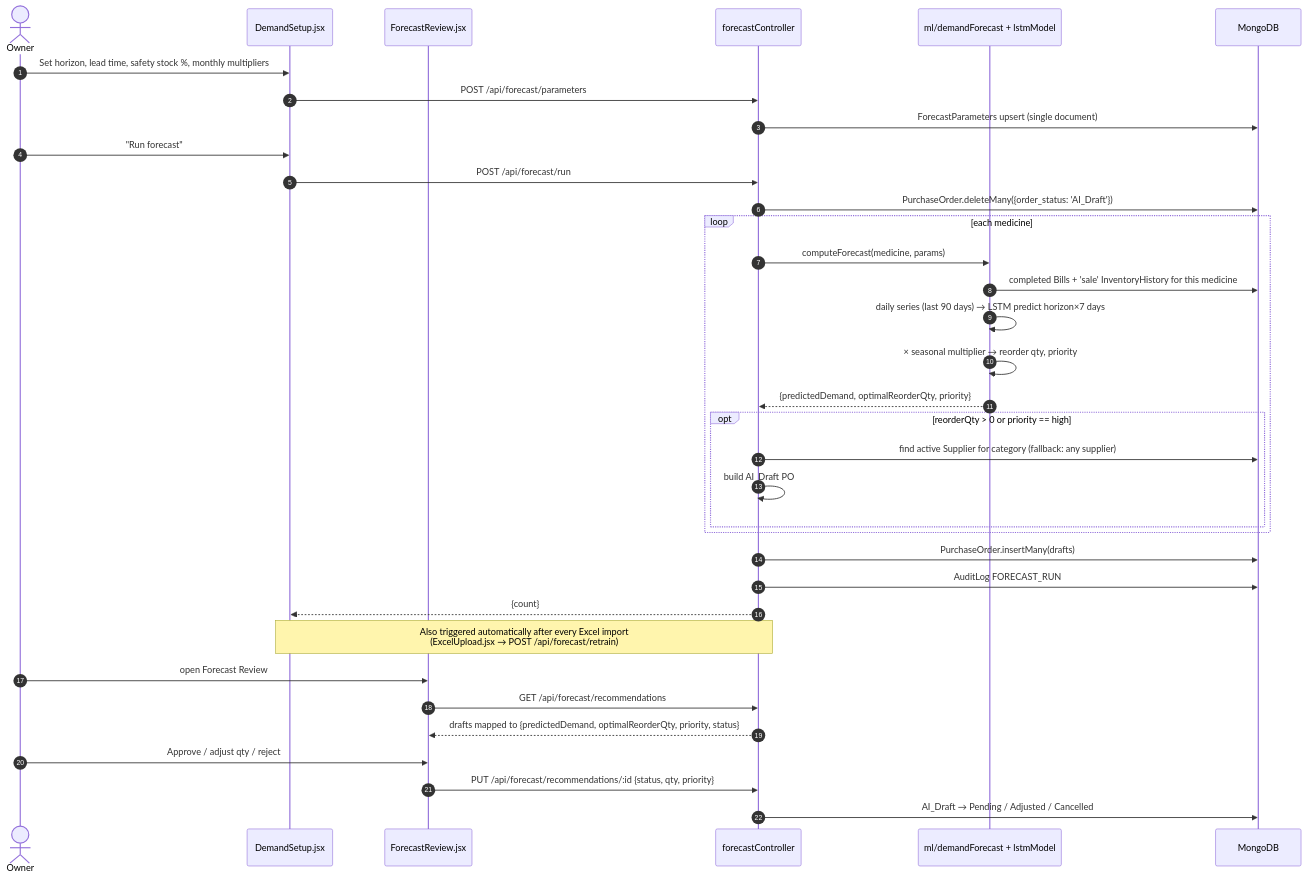
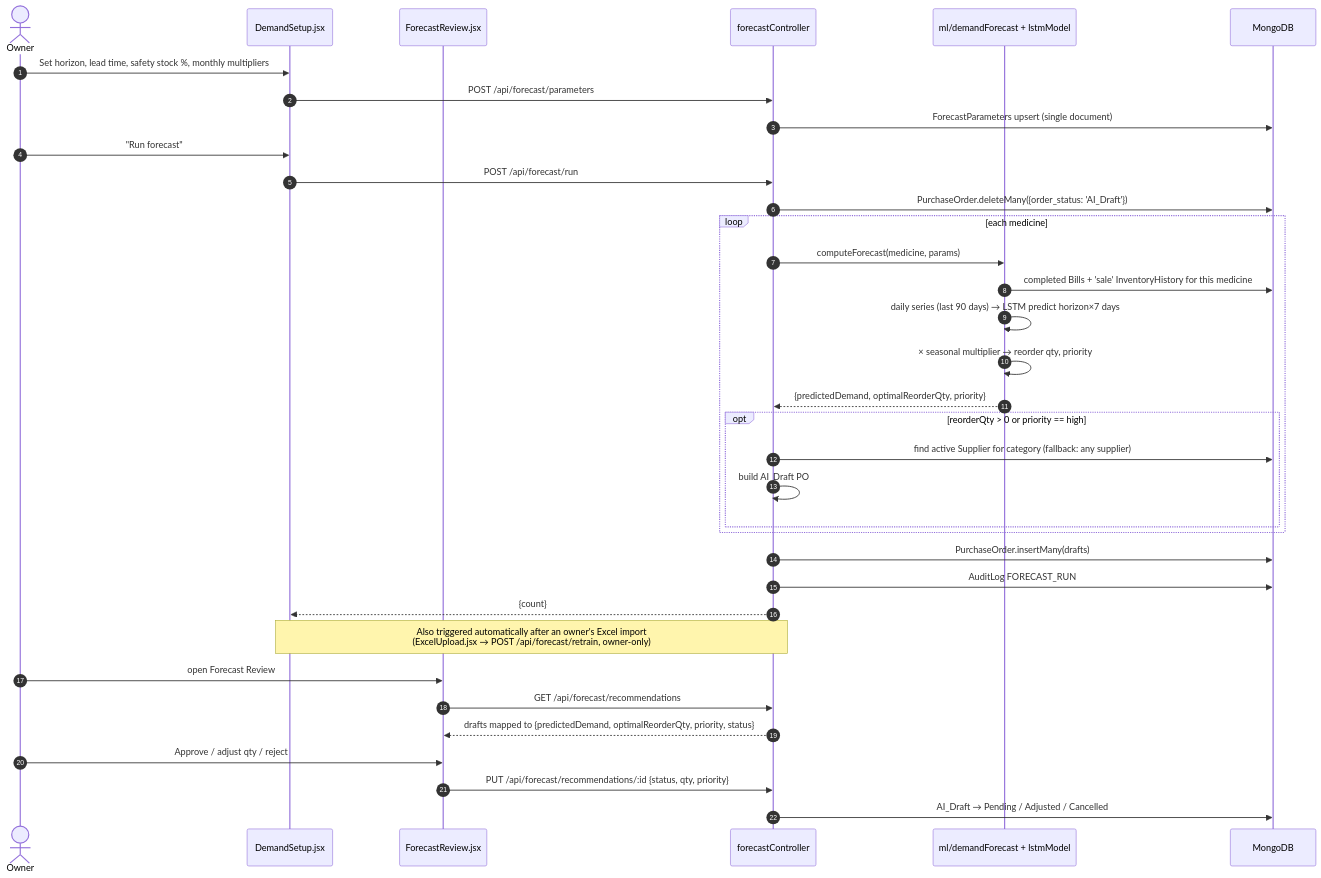
Before and after one commit to USER1043/MediStock_AI: the second of 5 diagrams in docs/core-flows.md, drawn with Mermaid. The commit also changed other lines of this file and 8 other files, not shown here.

First line of the commit message:
fix(forecast): make retrain owner-only and skip it for staff imports

````diff
--- a/docs/core-flows.md
+++ b/docs/core-flows.md
@@ -89,41 +89,41 @@
 ```mermaid
 sequenceDiagram
     autonumber
     actor O as Owner
     participant DS as DemandSetup.jsx
     participant FR as ForecastReview.jsx
     participant API as forecastController
     participant ML as ml/demandForecast + lstmModel
     participant DB as MongoDB
 
     O->>DS: Set horizon, lead time, safety stock %, monthly multipliers
     DS->>API: POST /api/forecast/parameters
     API->>DB: ForecastParameters upsert (single document)
 
     O->>DS: "Run forecast"
     DS->>API: POST /api/forecast/run
     API->>DB: PurchaseOrder.deleteMany({order_status: 'AI_Draft'})
     loop each medicine
         API->>ML: computeForecast(medicine, params)
         ML->>DB: completed Bills + 'sale' InventoryHistory for this medicine
         ML->>ML: daily series (last 90 days) → LSTM predict horizon×7 days
         ML->>ML: × seasonal multiplier → reorder qty, priority
         ML-->>API: {predictedDemand, optimalReorderQty, priority}
         opt reorderQty > 0 or priority == high
             API->>DB: find active Supplier for category (fallback: any supplier)
             API->>API: build AI_Draft PO
         end
     end
     API->>DB: PurchaseOrder.insertMany(drafts)
     API->>DB: AuditLog FORECAST_RUN
     API-->>DS: {count}
 
-    Note over DS,API: Also triggered automatically after every Excel import<br/>(ExcelUpload.jsx → POST /api/forecast/retrain)
+    Note over DS,API: Also triggered automatically after an owner's Excel import<br/>(ExcelUpload.jsx → POST /api/forecast/retrain, owner-only)
 
     O->>FR: open Forecast Review
     FR->>API: GET /api/forecast/recommendations
     API-->>FR: drafts mapped to {predictedDemand, optimalReorderQty, priority, status}
     O->>FR: Approve / adjust qty / reject
     FR->>API: PUT /api/forecast/recommendations/:id {status, qty, priority}
     API->>DB: AI_Draft → Pending / Adjusted / Cancelled
 ```
````
